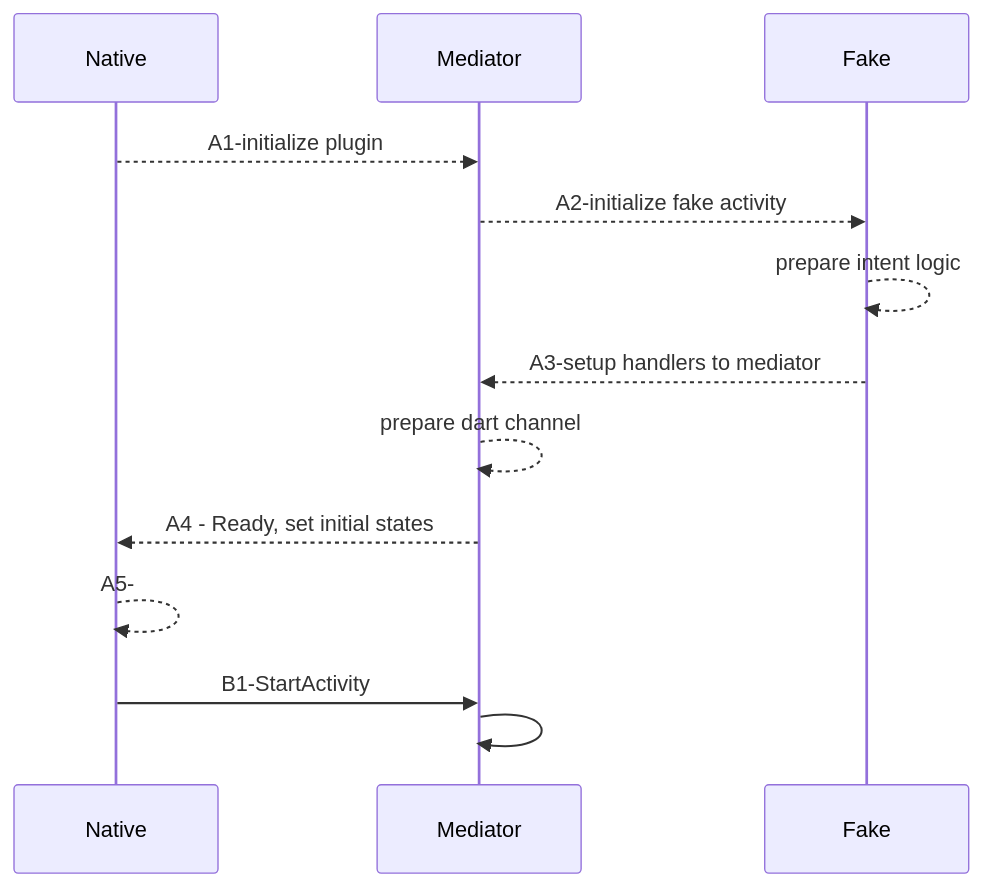
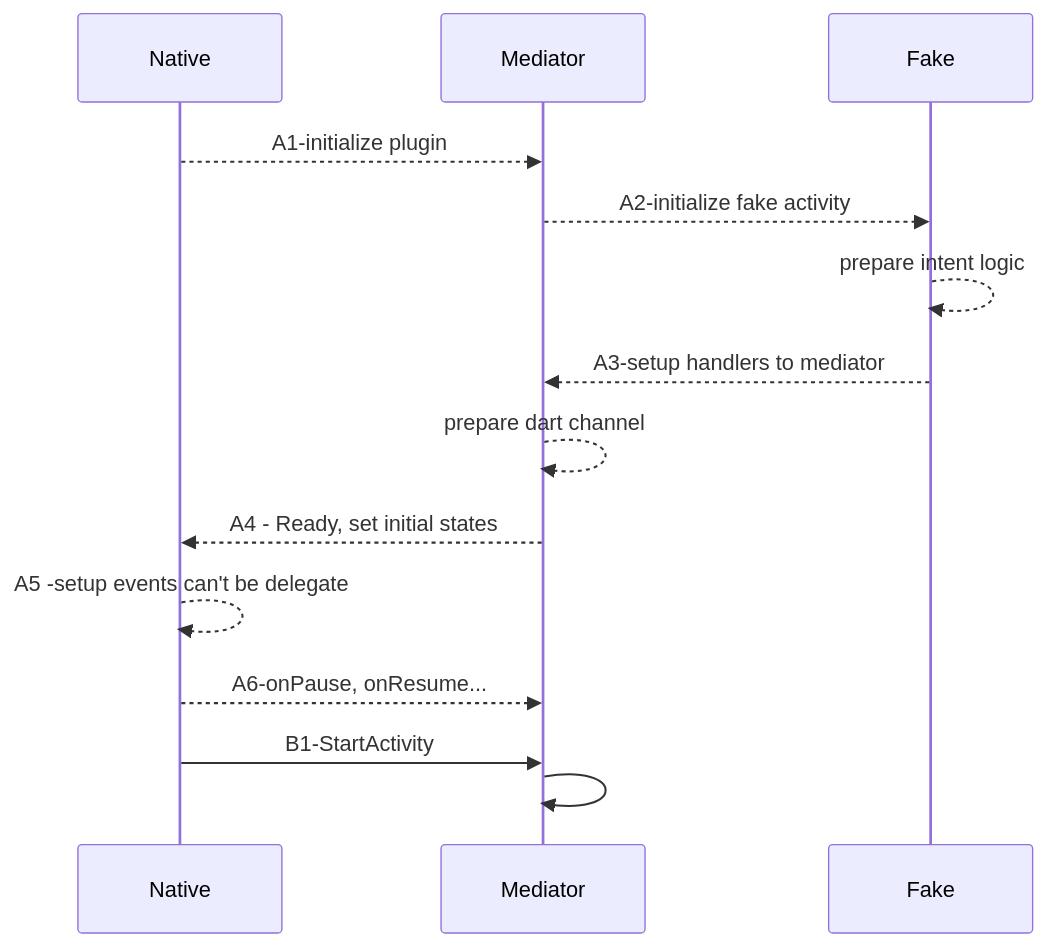
The second of 2 diagrams in flutter/addActivityResultListener.md (gordianknotC/nxp_note), drawn with Mermaid before and after one commit. The commit also changed other lines of this file, not shown here.

````diff
--- a/flutter/addActivityResultListener.md
+++ b/flutter/addActivityResultListener.md
@@ -55,18 +55,19 @@
 ```mermaid
 sequenceDiagram
 participant Native
 participant Mediator
 participant Fake
 
 Native -->> Mediator: A1-initialize plugin
 Mediator -->> Fake: A2-initialize fake activity
 Fake -->> Fake: prepare intent logic
 Fake -->> Mediator: A3-setup handlers to mediator
 Mediator -->> Mediator: prepare dart channel
 Mediator -->> Native: A4 - Ready, set initial states
-Native -->> Native: A5-
+Native -->> Native: A5 -setup events can't be delegate
+Native -->> Mediator: A6-onPause, onResume...
 
 Native ->> Mediator: B1-StartActivity
 Mediator ->> Mediator: 
 
 ```
````
